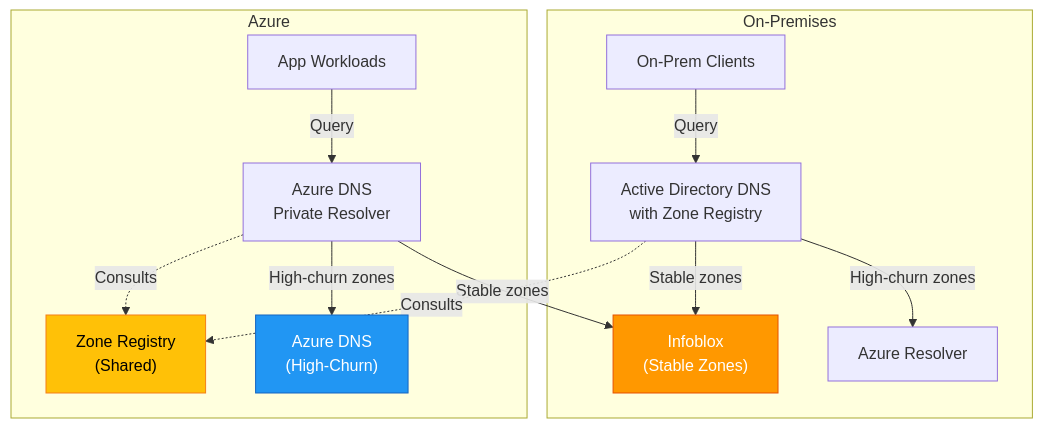
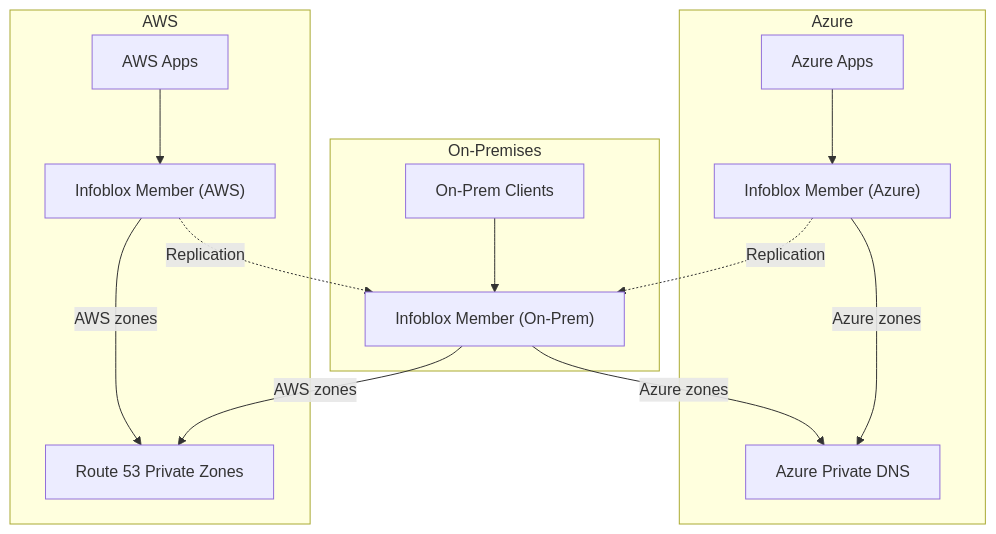
Before and after one commit to simonpainter/www.simonpainter.com: the third of 3 diagrams in blog/hybrid-cloud-dns-infoblox.md, drawn with Mermaid. The commit also changed other lines of this file, not shown here.

Commit message:
fixed the mermaid

````diff
--- a/blog/hybrid-cloud-dns-infoblox.md
+++ b/blog/hybrid-cloud-dns-infoblox.md
@@ -237,28 +236,37 @@
 ```mermaid
-graph TB
-    subgraph "On-Premises"
-        ADBC["Active Directory DNS<br/>with Zone Registry"]
-        INFOC["Infoblox<br/>(Stable Zones)"]
-        clientsC["On-Prem Clients"]
-        clientsC -->|Query| ADBC
-        ADBC -->|Stable zones| INFOC
-        ADBC -->|High-churn zones| resolverIC["Azure Resolver"]
+flowchart TB
+    subgraph Azure["Azure"]
+        AZClient["Azure Apps"]
+        IBXAZ["Infoblox Member (Azure)"]
+        AZCloud["Azure Private DNS"]
     end
-    
-    subgraph "Azure"
-        AppC["App Workloads"]
-        zoneRegistry["Zone Registry<br/>(Shared)"]
-        AzureDNSC["Azure DNS<br/>(High-Churn)"]
-        resolverC["Azure DNS<br/>Private Resolver"]
-        AppC -->|Query| resolverC
-        resolverC -->|High-churn zones| AzureDNSC
-        resolverC -->|Stable zones| INFOC
+
+    subgraph OnPrem["On-Premises"]
+        OPClient["On-Prem Clients"]
+        IBXOP["Infoblox Member (On-Prem)"]
     end
-    
-    ADBC -.->|Consults| zoneRegistry
-    resolverC -.->|Consults| zoneRegistry
-    
-    style AzureDNSC fill:#2196F3,stroke:#1565C0,color:#fff
-    style INFOC fill:#FF9800,stroke:#E65100,color:#fff
-    style zoneRegistry fill:#FFC107,stroke:#F57F17,color:#000
+
+    subgraph AWS["AWS"]
+        AWSClient["AWS Apps"]
+        IBXAWS["Infoblox Member (AWS)"]
+        AWSCloud["Route 53 Private Zones"]
+    end
+
+
+
+    OPClient --> IBXOP
+    AZClient --> IBXAZ
+    AWSClient --> IBXAWS
+
+    IBXAZ -->|Azure zones| AZCloud
+    IBXOP -->|Azure zones| AZCloud
+
+
+    IBXAWS -.->|Replication| IBXOP
+    IBXAZ -.->|Replication| IBXOP
+
+    IBXAWS -->|AWS zones| AWSCloud
+    IBXOP -->|AWS zones| AWSCloud
+
+
 ```
````
